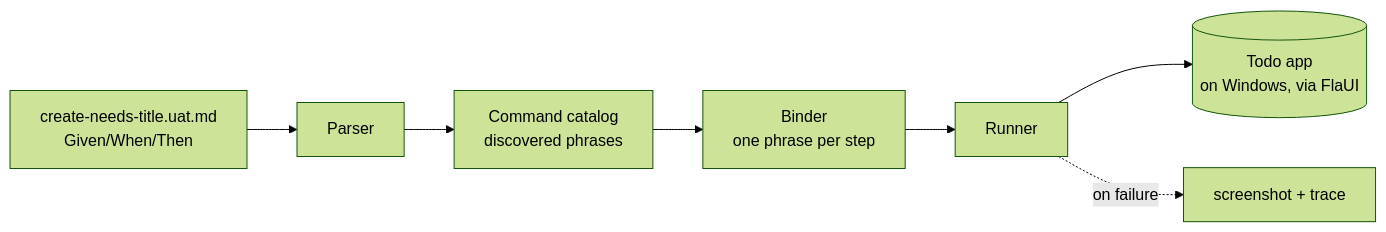
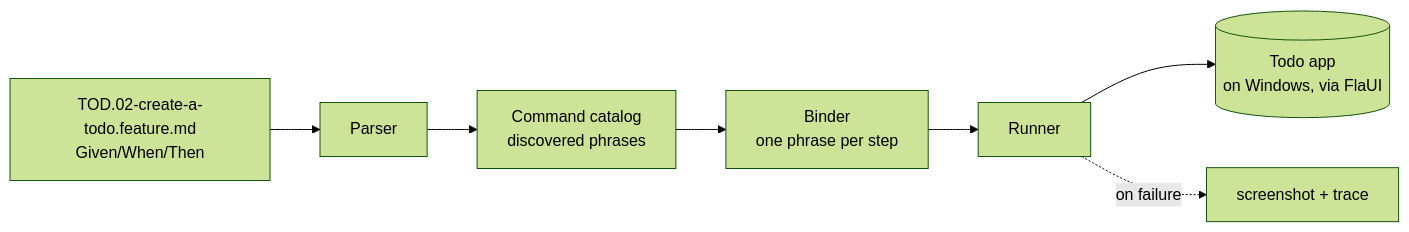
Before and after one commit to jonkeda/Brinell: the diagram in samples/Todo/uat-walkthrough.md, drawn with Mermaid (forest theme). The commit also changed other lines of this file and 1911 other files, not shown here.

````diff
--- a/samples/Todo/uat-walkthrough.md
+++ b/samples/Todo/uat-walkthrough.md
@@ -28,9 +28,9 @@
 ```mermaid
 flowchart LR
-    MD[create-needs-title.uat.md<br/>Given/When/Then] --> P[Parser]
+    MD[TOD.02-create-a-todo.feature.md<br/>Given/When/Then] --> P[Parser]
     P --> C[Command catalog<br/>discovered phrases]
     C --> B[Binder<br/>one phrase per step]
     B --> R[Runner]
     R --> APP[(Todo app<br/>on Windows, via FlaUI)]
     R -.->|on failure| SHOT[screenshot + trace]
 ```
````
